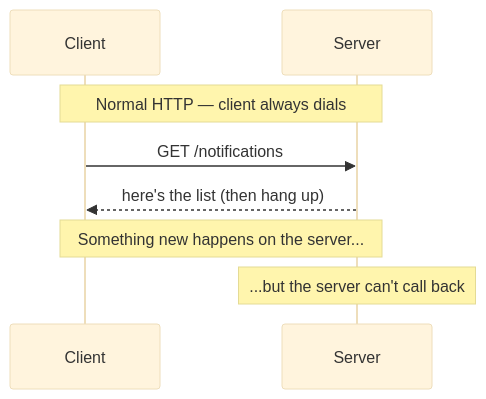
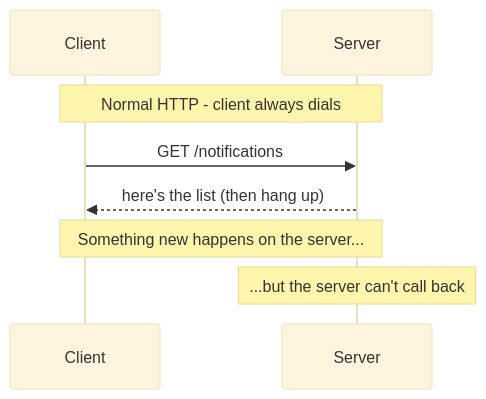
The diagram in guides/apis/realtime-apis-websockets-sse/01-why-http-cant-push.md (Topurrra/themissingmanual), drawn with Mermaid (base theme) before and after one commit. The commit also changed other lines of this file and 1009 other files, not shown here.

````diff
--- a/guides/apis/realtime-apis-websockets-sse/01-why-http-cant-push.md
+++ b/guides/apis/realtime-apis-websockets-sse/01-why-http-cant-push.md
@@ -44,10 +44,10 @@
 ```mermaid
 sequenceDiagram
   participant C as Client
   participant S as Server
-  Note over C,S: Normal HTTP — client always dials
+  Note over C,S: Normal HTTP - client always dials
   C->>S: GET /notifications
   S-->>C: here's the list (then hang up)
   Note over C,S: Something new happens on the server...
   Note over S: ...but the server can't call back
 ```
````
